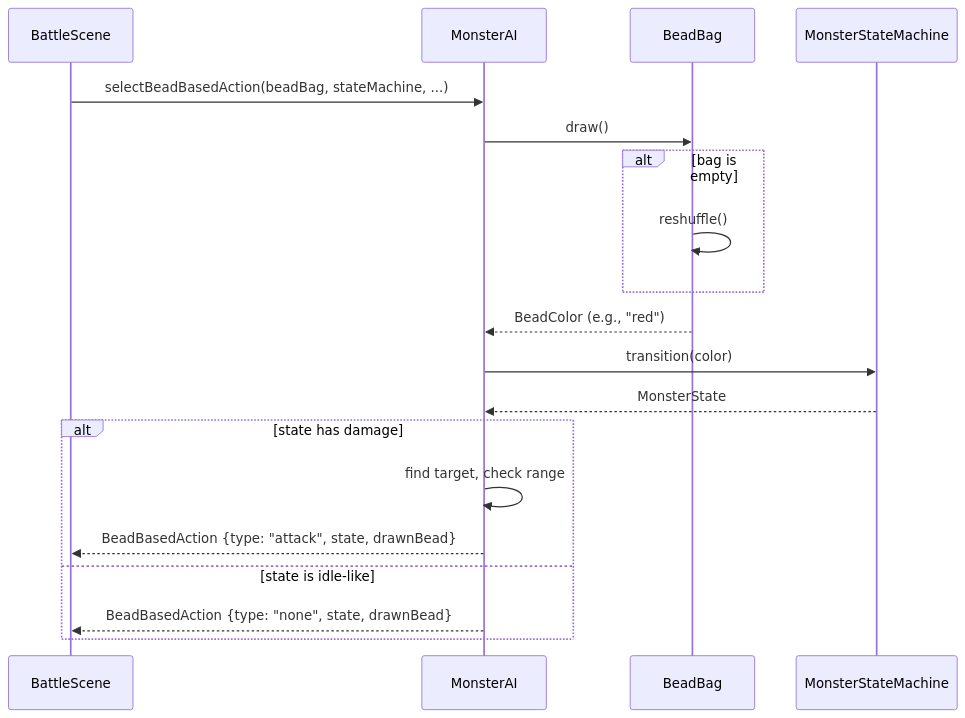
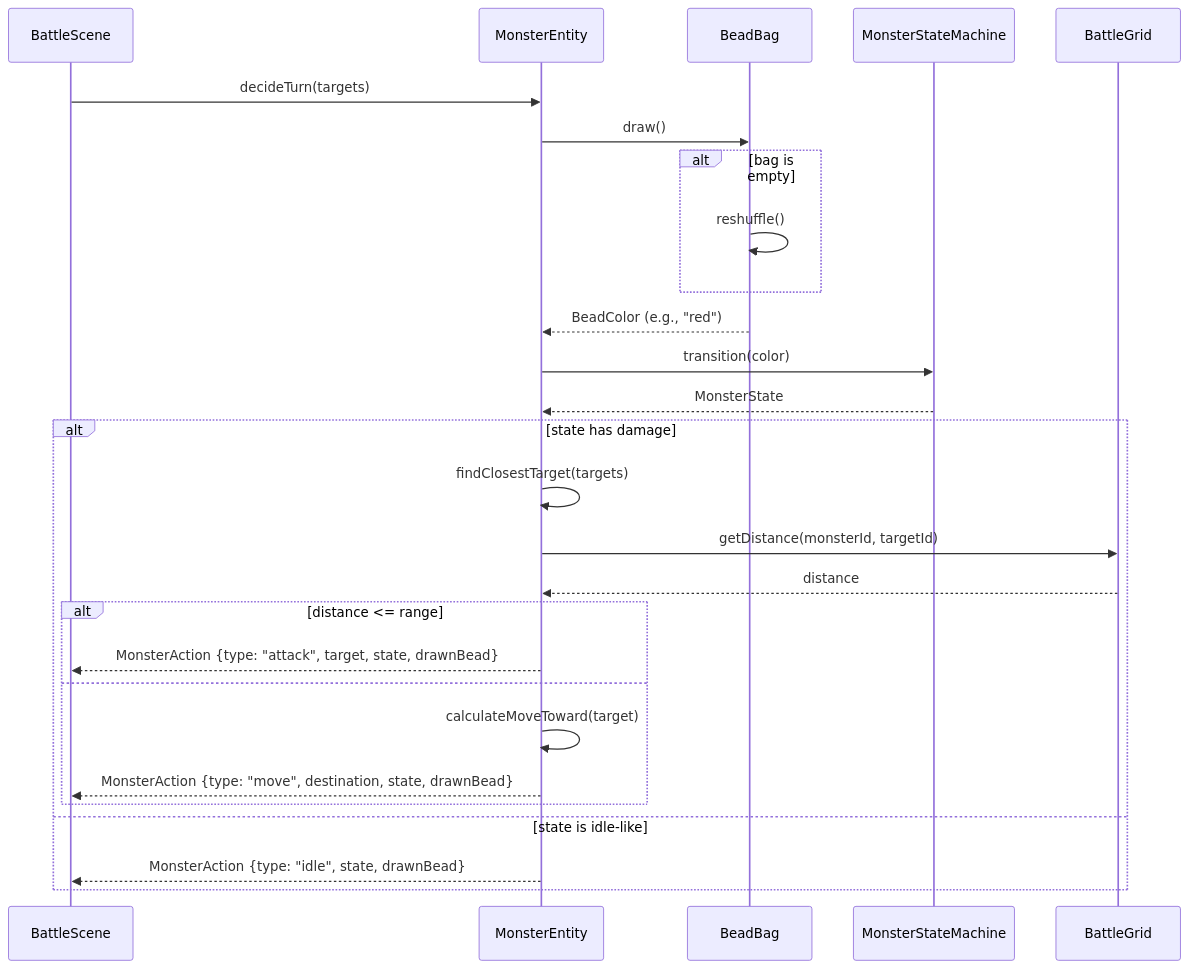
The second of 3 diagrams in docs/architecture/bead-system.md (Dpothier/tabletop-workshop), drawn with Mermaid before and after one commit. The commit also changed other lines of this file and 40 other files, not shown here.

First line of the commit message:
feat: implement state/visual separation architecture

````diff
--- a/docs/architecture/bead-system.md
+++ b/docs/architecture/bead-system.md
@@ -103,25 +101,33 @@
 ```mermaid
 sequenceDiagram
     participant Battle as BattleScene
-    participant AI as MonsterAI
+    participant Monster as MonsterEntity
     participant Bag as BeadBag
     participant SM as MonsterStateMachine
+    participant Grid as BattleGrid
 
-    Battle->>AI: selectBeadBasedAction(beadBag, stateMachine, ...)
-    AI->>Bag: draw()
+    Battle->>Monster: decideTurn(targets)
+    Monster->>Bag: draw()
 
     alt bag is empty
         Bag->>Bag: reshuffle()
     end
 
-    Bag-->>AI: BeadColor (e.g., "red")
-    AI->>SM: transition(color)
-    SM-->>AI: MonsterState
+    Bag-->>Monster: BeadColor (e.g., "red")
+    Monster->>SM: transition(color)
+    SM-->>Monster: MonsterState
 
     alt state has damage
-        AI->>AI: find target, check range
-        AI-->>Battle: BeadBasedAction {type: "attack", state, drawnBead}
+        Monster->>Monster: findClosestTarget(targets)
+        Monster->>Grid: getDistance(monsterId, targetId)
+        Grid-->>Monster: distance
+        alt distance <= range
+            Monster-->>Battle: MonsterAction {type: "attack", target, state, drawnBead}
+        else
+            Monster->>Monster: calculateMoveToward(target)
+            Monster-->>Battle: MonsterAction {type: "move", destination, state, drawnBead}
+        end
     else state is idle-like
-        AI-->>Battle: BeadBasedAction {type: "none", state, drawnBead}
+        Monster-->>Battle: MonsterAction {type: "idle", state, drawnBead}
     end
 ```
````
